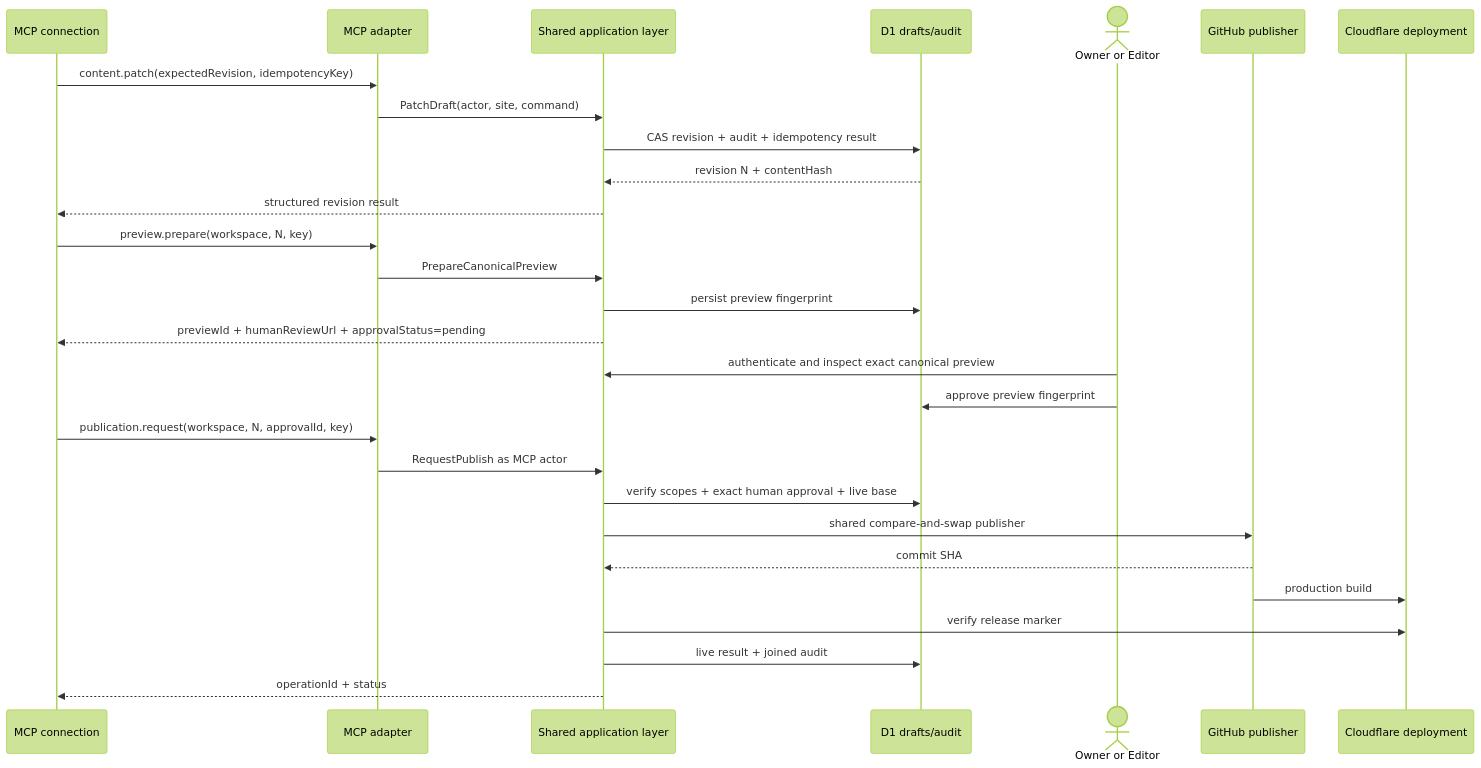
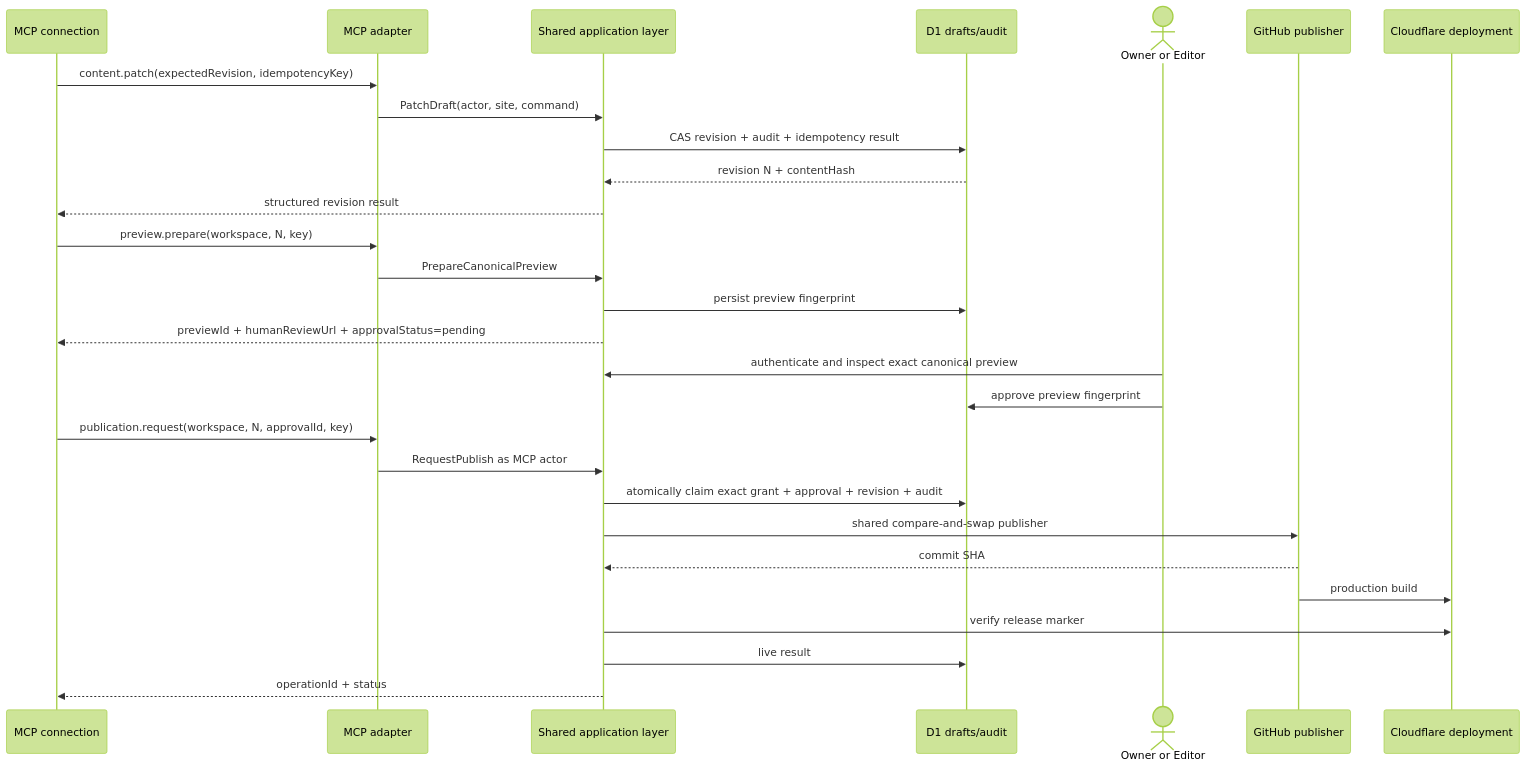
Before and after one commit to Humber-Foundry/foundry-cms: the second of 2 diagrams in docs/mcp/authorization-and-approval.md, drawn with Mermaid (forest theme). The commit also changed other lines of this file and 28 other files, not shown here.

````diff
--- a/docs/mcp/authorization-and-approval.md
+++ b/docs/mcp/authorization-and-approval.md
@@ -111,31 +117,31 @@
 ```mermaid
 sequenceDiagram
     participant Agent as MCP connection
     participant MCP as MCP adapter
     participant App as Shared application layer
     participant D1 as D1 drafts/audit
     actor Human as Owner or Editor
     participant Git as GitHub publisher
     participant CF as Cloudflare deployment
 
     Agent->>MCP: content.patch(expectedRevision, idempotencyKey)
     MCP->>App: PatchDraft(actor, site, command)
     App->>D1: CAS revision + audit + idempotency result
     D1-->>App: revision N + contentHash
     App-->>Agent: structured revision result
     Agent->>MCP: preview.prepare(workspace, N, key)
     MCP->>App: PrepareCanonicalPreview
     App->>D1: persist preview fingerprint
     App-->>Agent: previewId + humanReviewUrl + approvalStatus=pending
     Human->>App: authenticate and inspect exact canonical preview
     Human->>D1: approve preview fingerprint
     Agent->>MCP: publication.request(workspace, N, approvalId, key)
     MCP->>App: RequestPublish as MCP actor
-    App->>D1: verify scopes + exact human approval + live base
+    App->>D1: atomically claim exact grant + approval + revision + audit
     App->>Git: shared compare-and-swap publisher
     Git-->>App: commit SHA
     Git->>CF: production build
     App->>CF: verify release marker
-    App->>D1: live result + joined audit
+    App->>D1: live result
     App-->>Agent: operationId + status
 ```
````
